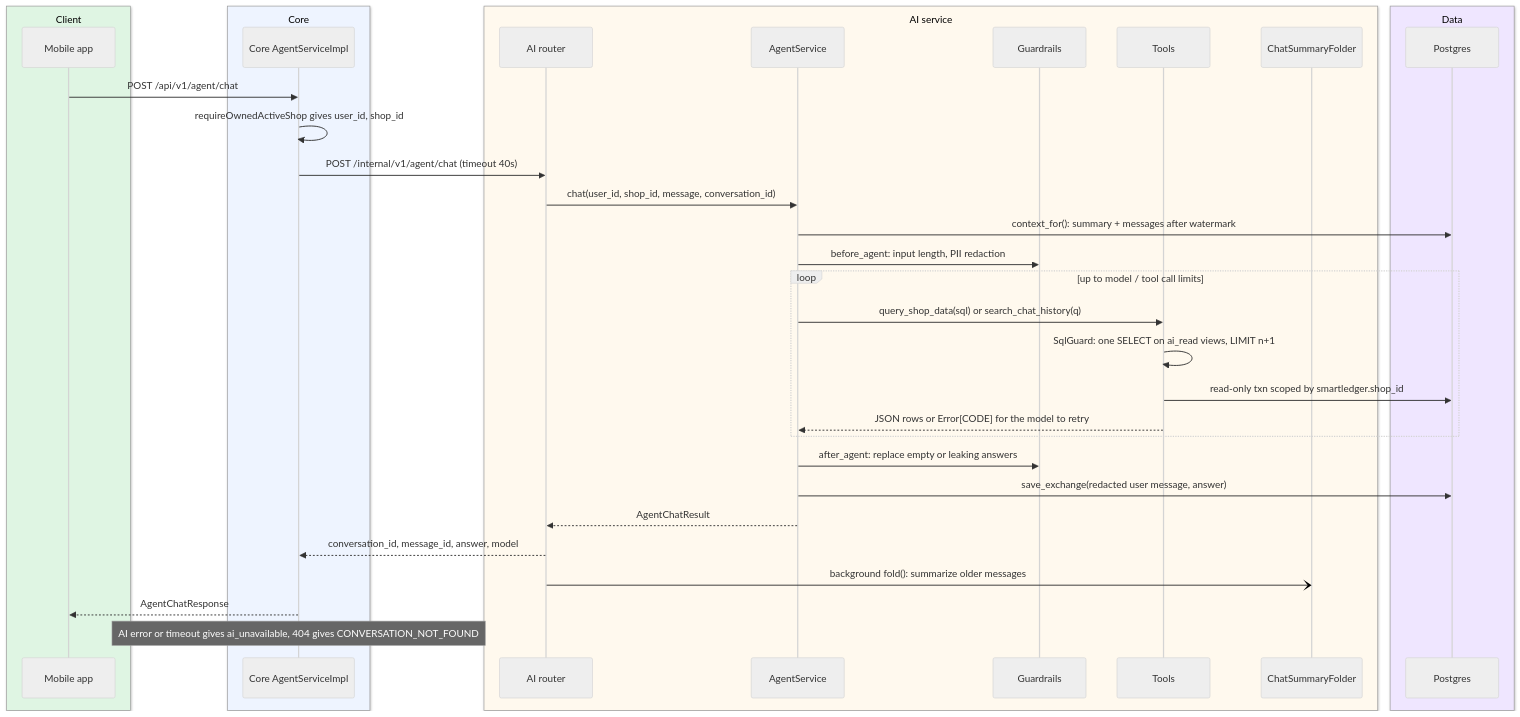
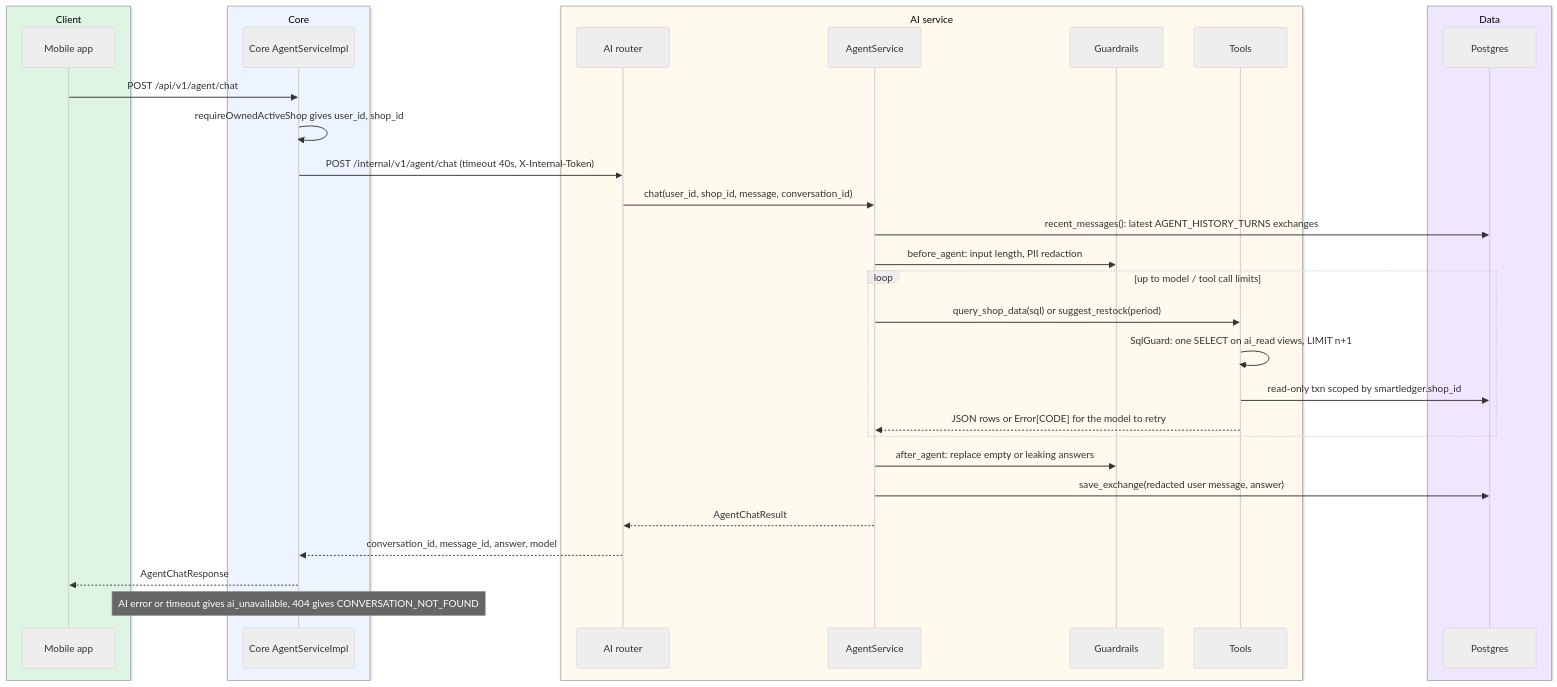
Diagram 14 of 14 in docs/architecture/service-walkthrough/README.md (miphu2804/smart-ledger), drawn with Mermaid (neutral theme) before and after one commit. The commit also changed other lines of this file and 45 other files, not shown here.

First line of the commit message:
refactor(ai): simplify agent service architecture

````diff
--- a/docs/architecture/service-walkthrough/README.md
+++ b/docs/architecture/service-walkthrough/README.md
@@ -579,39 +579,37 @@
 ```mermaid
 sequenceDiagram
     box rgb(223,245,227) Client
     participant App as Mobile app
     end
     box rgb(238,244,255) Core
     participant Core as Core AgentServiceImpl
     end
     box rgb(255,249,238) AI service
     participant R as AI router
     participant A as AgentService
     participant G as Guardrails
     participant T as Tools
-    participant F as ChatSummaryFolder
     end
     box rgb(239,230,255) Data
     participant DB as Postgres
     end
 
     App->>Core: POST /api/v1/agent/chat
     Core->>Core: requireOwnedActiveShop gives user_id, shop_id
-    Core->>R: POST /internal/v1/agent/chat (timeout 40s)
+    Core->>R: POST /internal/v1/agent/chat (timeout 40s, X-Internal-Token)
     R->>A: chat(user_id, shop_id, message, conversation_id)
-    A->>DB: context_for(): summary + messages after watermark
+    A->>DB: recent_messages(): latest AGENT_HISTORY_TURNS exchanges
     A->>G: before_agent: input length, PII redaction
     loop up to model / tool call limits
-        A->>T: query_shop_data(sql) or search_chat_history(q)
+        A->>T: query_shop_data(sql) or suggest_restock(period)
         T->>T: SqlGuard: one SELECT on ai_read views, LIMIT n+1
         T->>DB: read-only txn scoped by smartledger.shop_id
         T-->>A: JSON rows or Error[CODE] for the model to retry
     end
     A->>G: after_agent: replace empty or leaking answers
     A->>DB: save_exchange(redacted user message, answer)
     A-->>R: AgentChatResult
     R-->>Core: conversation_id, message_id, answer, model
-    R-)F: background fold(): summarize older messages
     Core-->>App: AgentChatResponse
     Note over Core: AI error or timeout gives ai_unavailable, 404 gives CONVERSATION_NOT_FOUND
 ```
````
